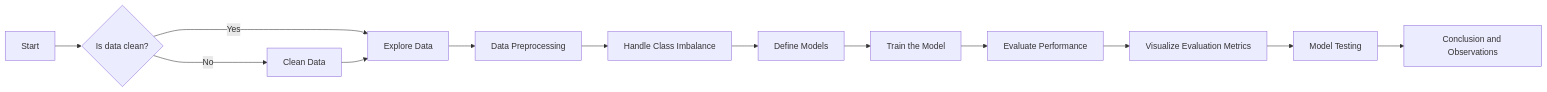
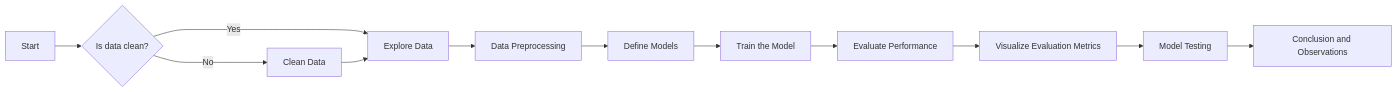
The diagram in docs/ML/projects/Poker_Hand_Prediction.md (Avdhesh-Varshney/AI-Code), drawn with Mermaid before and after one commit. The commit also changed other lines of this file, not shown here.

````diff
--- a/docs/ML/projects/Poker_Hand_Prediction.md
+++ b/docs/ML/projects/Poker_Hand_Prediction.md
@@ -132,15 +132,14 @@
     ``` mermaid
       graph LR
         A[Start] --> B{Is data clean?};
         B -->|Yes| C[Explore Data];
         C --> D[Data Preprocessing];
-        D --> E[Handle Class Imbalance];
-        E --> F[Define Models];
-        F --> G[Train the Model];
-        G --> H[Evaluate Performance];
-        H --> I[Visualize Evaluation Metrics];
-        I --> J[Model Testing];
-        J --> K[Conclusion and Observations];
-        B ---->|No| L[Clean Data];
-        L --> C;
+        D --> E[Define Models];
+        E --> F[Train the Model];
+        F --> G[Evaluate Performance];
+        G --> H[Visualize Evaluation Metrics];
+        H --> I[Model Testing];
+        I --> J[Conclusion and Observations];
+        B ---->|No| K[Clean Data];
+        K --> C;
       ```
````
